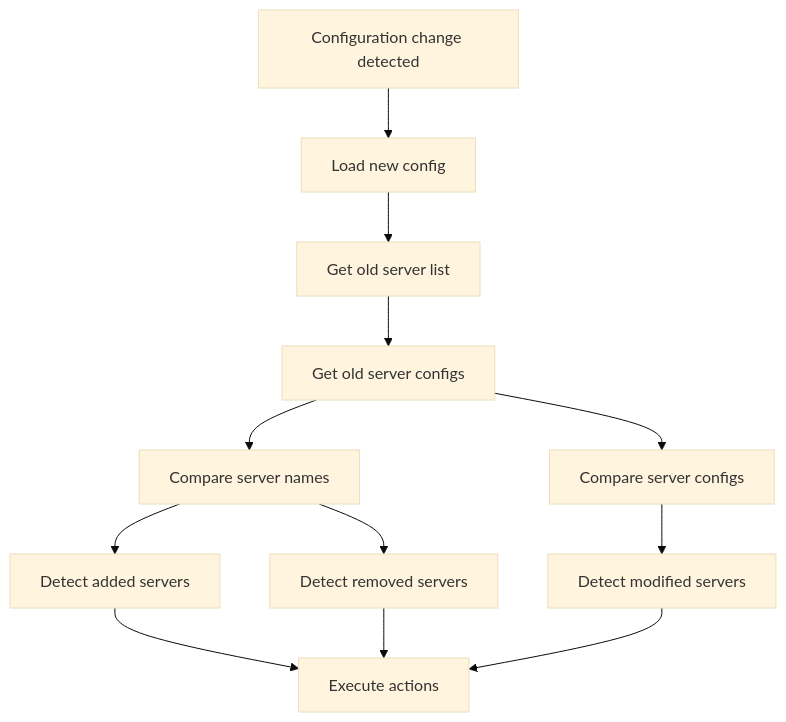
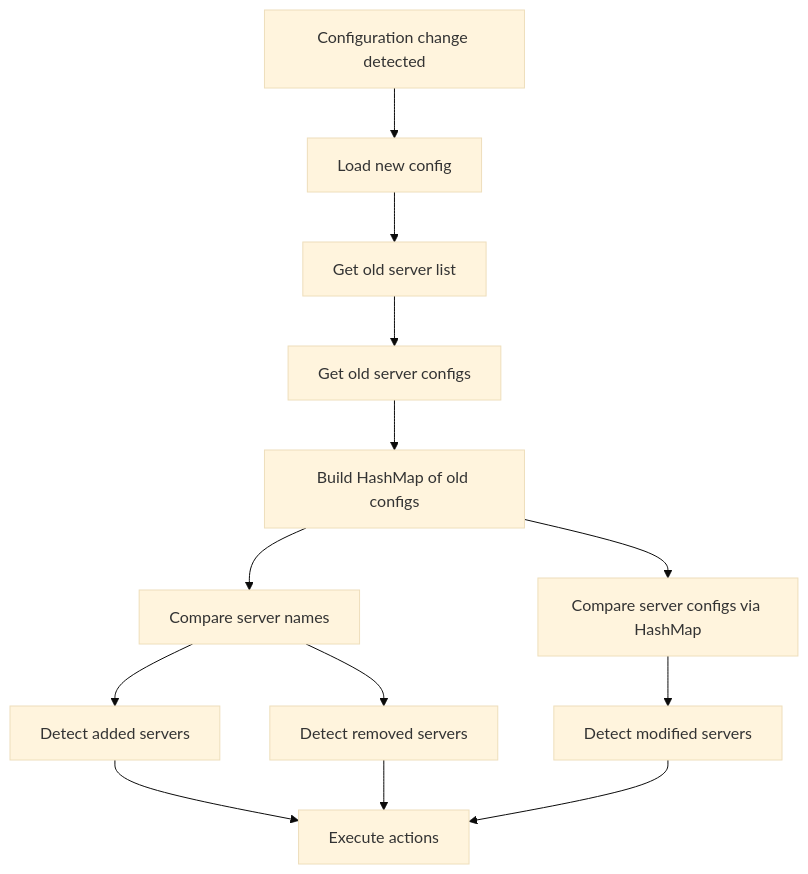
The second of 10 diagrams in crates/watcher/docs/architecture.md (Lighty-Launcher/LightyUpdater), drawn with Mermaid (base theme) before and after one commit. The commit also changed other lines of this file and 23 other files, not shown here.

````diff
--- a/crates/watcher/docs/architecture.md
+++ b/crates/watcher/docs/architecture.md
@@ -103,19 +103,20 @@
 ```mermaid
 graph TD
     Start[Configuration change detected] --> LoadNew[Load new config]
     LoadNew --> GetOld[Get old server list]
     GetOld --> GetOldConfigs[Get old server configs]
 
-    GetOldConfigs --> CompareServers[Compare server names]
+    GetOldConfigs --> BuildMap[Build HashMap of old configs]
+    BuildMap --> CompareServers[Compare server names]
     CompareServers --> Added[Detect added servers]
     CompareServers --> Removed[Detect removed servers]
 
-    GetOldConfigs --> CompareConfigs[Compare server configs]
+    BuildMap --> CompareConfigs[Compare server configs via HashMap]
     CompareConfigs --> Modified[Detect modified servers]
 
     Added --> Actions
     Modified --> Actions
     Removed --> Actions
 
     Actions[Execute actions]
 ```
````
